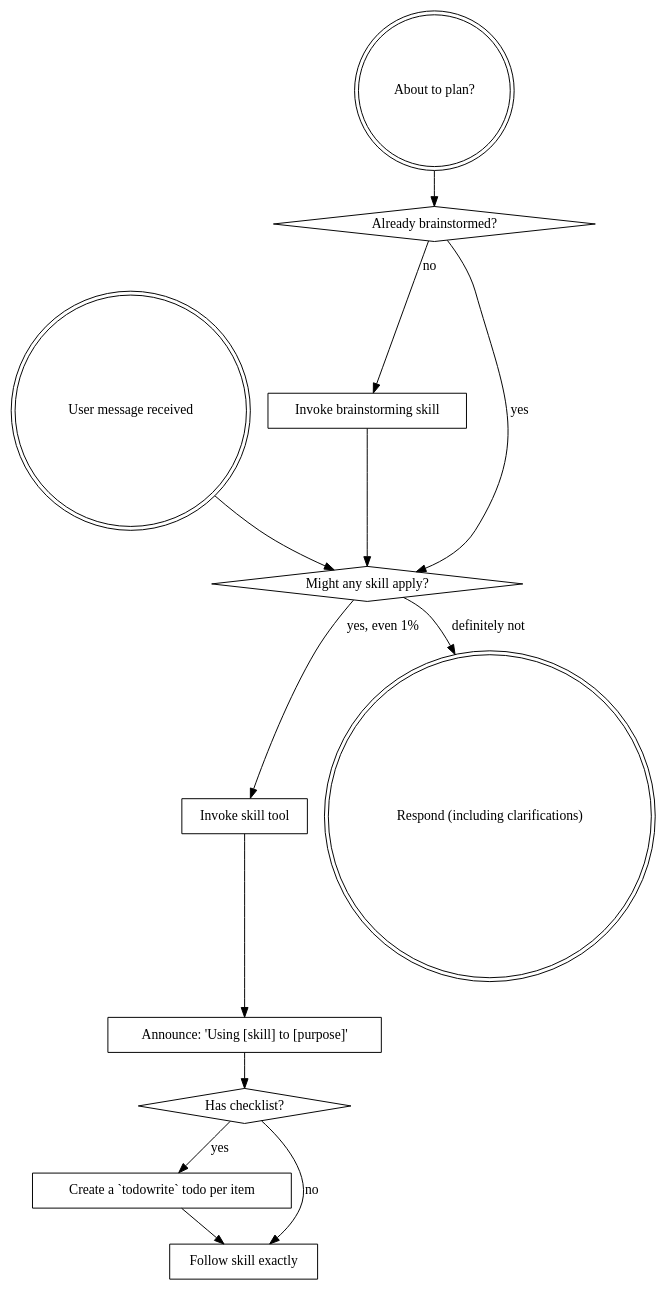
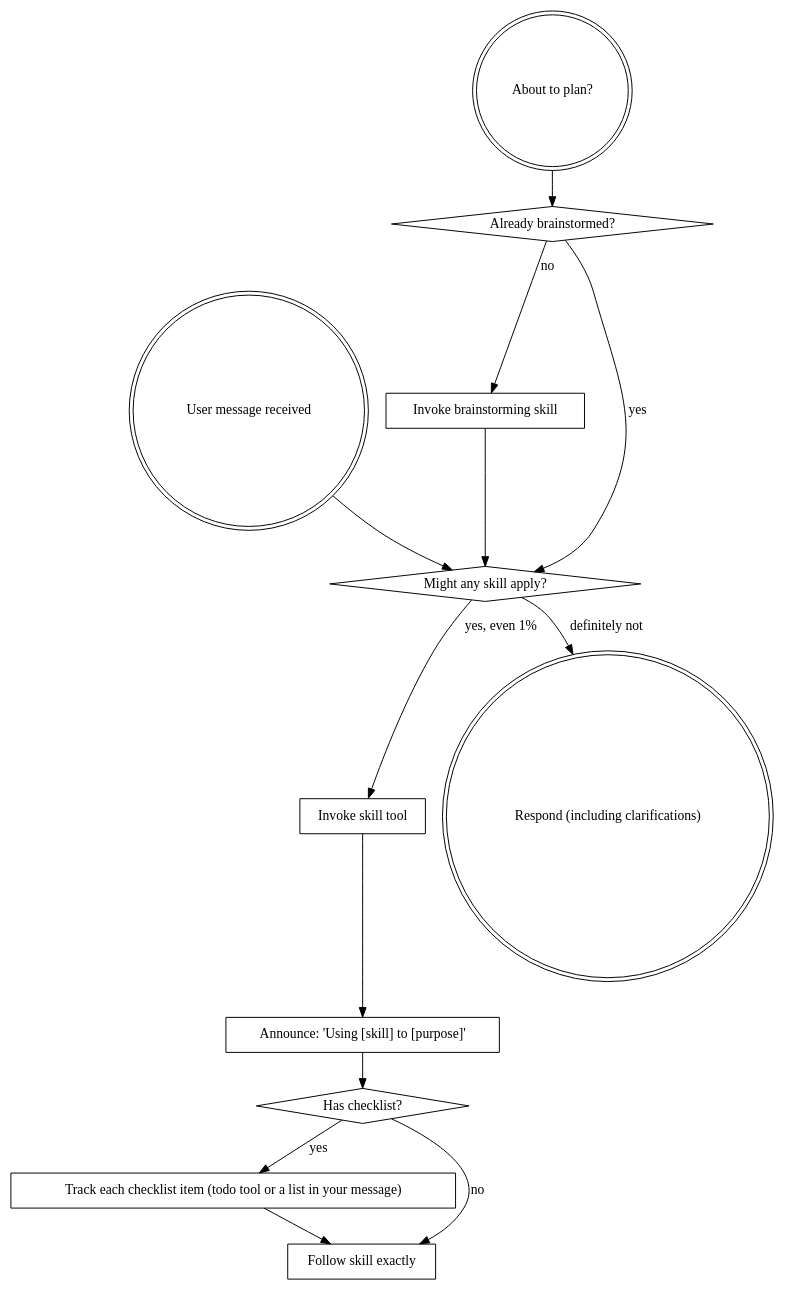
Before and after one commit to osmontero/opencode-skills: the diagram in skills/using-superpowers/SKILL.md, drawn with Graphviz. The commit also changed other lines of this file and 17 other files, not shown here.

````diff
--- a/skills/using-superpowers/SKILL.md
+++ b/skills/using-superpowers/SKILL.md
@@ -41,29 +41,29 @@
 ```dot
 digraph skill_flow {
     "User message received" [shape=doublecircle];
     "About to plan?" [shape=doublecircle];
     "Already brainstormed?" [shape=diamond];
     "Invoke brainstorming skill" [shape=box];
     "Might any skill apply?" [shape=diamond];
     "Invoke skill tool" [shape=box];
     "Announce: 'Using [skill] to [purpose]'" [shape=box];
     "Has checklist?" [shape=diamond];
-    "Create a `todowrite` todo per item" [shape=box];
+    "Track each checklist item (todo tool or a list in your message)" [shape=box];
     "Follow skill exactly" [shape=box];
     "Respond (including clarifications)" [shape=doublecircle];
 
     "About to plan?" -> "Already brainstormed?";
     "Already brainstormed?" -> "Invoke brainstorming skill" [label="no"];
     "Already brainstormed?" -> "Might any skill apply?" [label="yes"];
     "Invoke brainstorming skill" -> "Might any skill apply?";
 
     "User message received" -> "Might any skill apply?";
     "Might any skill apply?" -> "Invoke skill tool" [label="yes, even 1%"];
     "Might any skill apply?" -> "Respond (including clarifications)" [label="definitely not"];
     "Invoke skill tool" -> "Announce: 'Using [skill] to [purpose]'";
     "Announce: 'Using [skill] to [purpose]'" -> "Has checklist?";
-    "Has checklist?" -> "Create a `todowrite` todo per item" [label="yes"];
+    "Has checklist?" -> "Track each checklist item (todo tool or a list in your message)" [label="yes"];
     "Has checklist?" -> "Follow skill exactly" [label="no"];
-    "Create a `todowrite` todo per item" -> "Follow skill exactly";
+    "Track each checklist item (todo tool or a list in your message)" -> "Follow skill exactly";
 }
 ```
````
